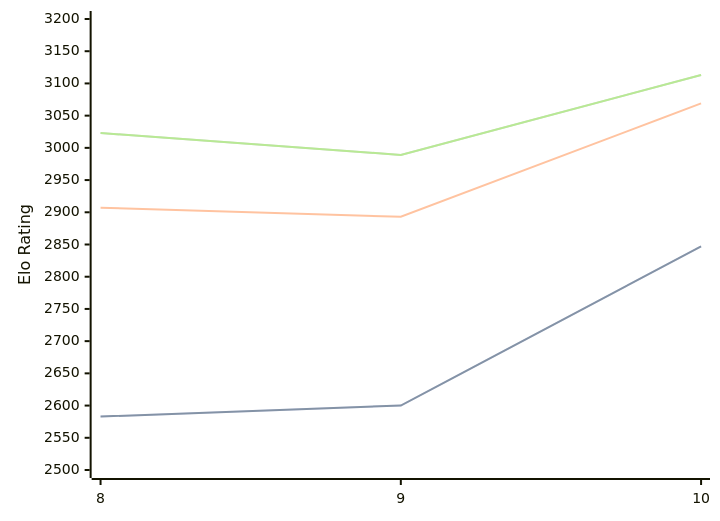
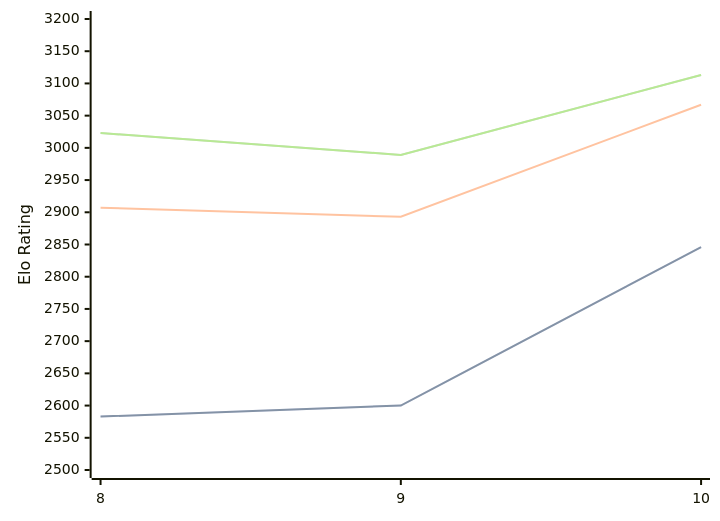
The diagram in engines/Lozza.md (computer-chess-index/cci), drawn with Mermaid before and after one commit. The commit also changed other lines of this file, not shown here.

````diff
--- a/engines/Lozza.md
+++ b/engines/Lozza.md
@@ -41,11 +41,11 @@
 ```mermaid
 %%{init: {"theme":"base","themeVariables":{"seriesColors:['#a3a3a3','#222221','#faa371']}}}%%
 xychart-beta
   x-axis ["8", "9", "10"]
   y-axis "Elo Rating" 2500 --> 3200
-  line "STC (8.0+0.08s)" [2583, 2600, 2847]
-  line "STC (8.0+0.08s)" [2583, 2600, 2847]
-  line "LTC (60.0+0.60s)" [2907, 2893, 3069]
+  line "STC (8.0+0.08s)" [2583, 2600, 2846]
+  line "STC (8.0+0.08s)" [2583, 2600, 2846]
+  line "LTC (60.0+0.60s)" [2907, 2893, 3067]
   line "VLTC (2m24s+1.12s)" [3023, 2989, 3113]
   line "VLTC (2m24s+1.12s)" [3023, 2989, 3113]
 ```
````
